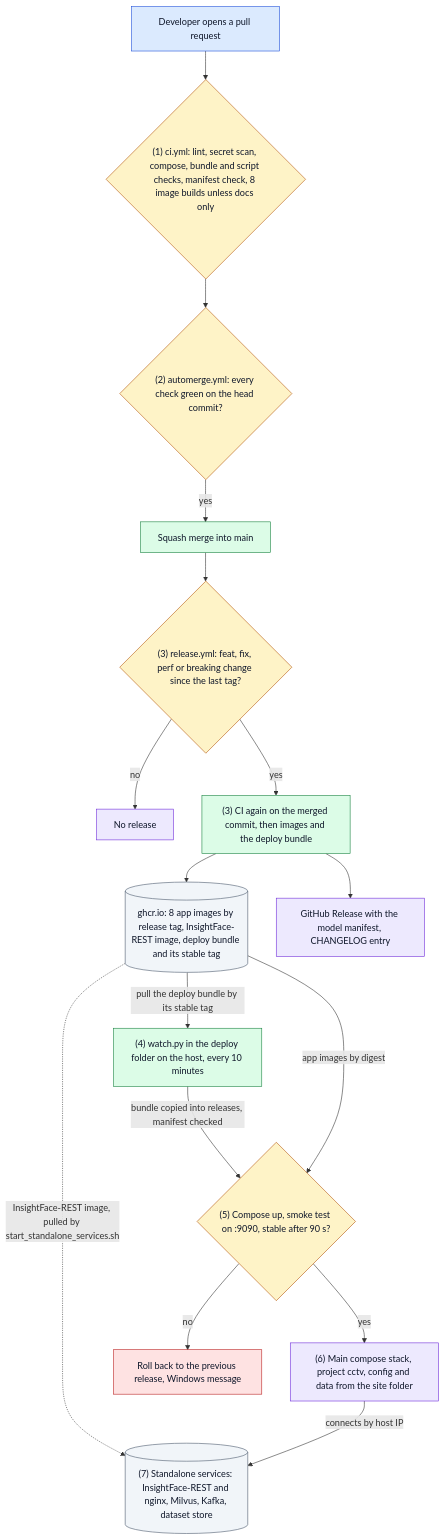
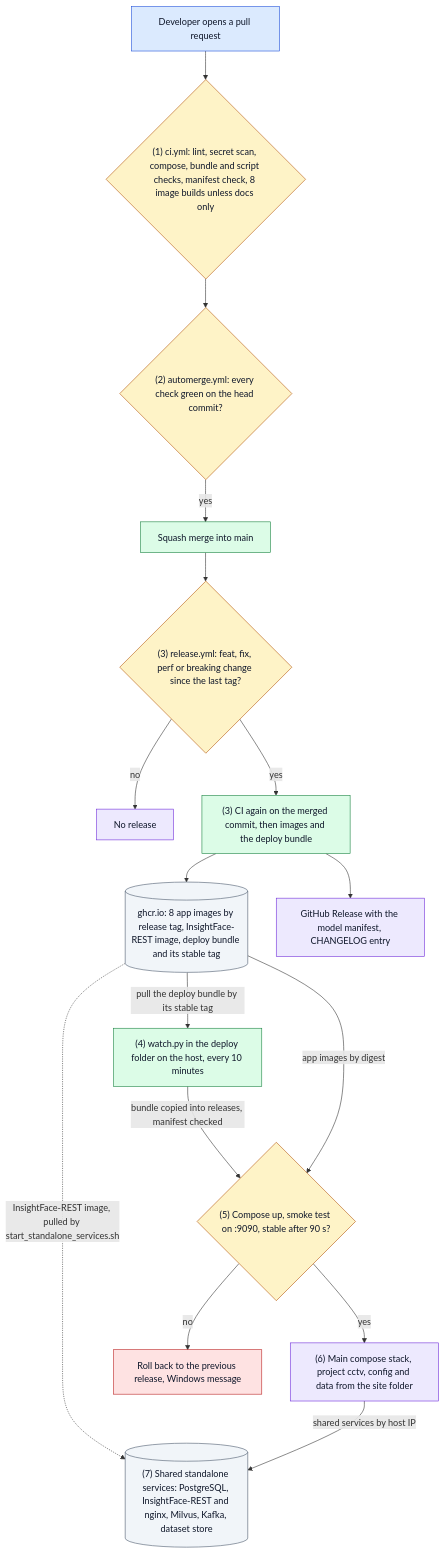
The second of 2 diagrams in README.md (hamza-aziz-ai/CCTV-Face-Recognition-Attendance-System), drawn with Mermaid before and after one commit. The commit also changed other lines of this file and 11 other files, not shown here.

````diff
--- a/README.md
+++ b/README.md
@@ -84,38 +84,38 @@
 ```mermaid
 flowchart TB
     DEV["`Developer opens a pull request`"]:::entry
     CI{"`(1) ci.yml: lint, secret scan, compose, bundle and script checks, manifest check, 8 image builds unless docs only`"}:::decision
     AM{"`(2) automerge.yml: every check green on the head commit?`"}:::decision
     MAIN["`Squash merge into main`"]:::step
     REL{"`(3) release.yml: feat, fix, perf or breaking change since the last tag?`"}:::decision
     NOREL["`No release`"]:::outcome
     BUILD["`(3) CI again on the merged commit, then images and the deploy bundle`"]:::step
     GHCR[("`ghcr.io: 8 app images by release tag, InsightFace-REST image, deploy bundle and its stable tag`")]:::store
     GHR["`GitHub Release with the model manifest, CHANGELOG entry`"]:::outcome
     W["`(4) watch.py in the deploy folder on the host, every 10 minutes`"]:::step
     WD{"`(5) Compose up, smoke test on :9090, stable after 90 s?`"}:::decision
     STACK["`(6) Main compose stack, project cctv, config and data from the site folder`"]:::outcome
     RB["`Roll back to the previous release, Windows message`"]:::error
-    SA[("`(7) Standalone services: InsightFace-REST and nginx, Milvus, Kafka, dataset store`")]:::store
+    SA[("`(7) Shared standalone services: PostgreSQL, InsightFace-REST and nginx, Milvus, Kafka, dataset store`")]:::store
 
     DEV --> CI --> AM
     AM -->|"`yes`"| MAIN --> REL
     REL -->|"`no`"| NOREL
     REL -->|"`yes`"| BUILD
     BUILD --> GHCR
     BUILD --> GHR
     GHCR -->|"`pull the deploy bundle by its stable tag`"| W
     W -->|"`bundle copied into releases, manifest checked`"| WD
     GHCR -->|"`app images by digest`"| WD
     WD -->|"`yes`"| STACK
     WD -->|"`no`"| RB
     GHCR -.->|"`InsightFace-REST image, pulled by start_standalone_services.sh`"| SA
-    STACK -->|"`connects by host IP`"| SA
+    STACK -->|"`shared services by host IP`"| SA
 
     classDef entry fill:#dbeafe,stroke:#1d4ed8,color:#0f172a
     classDef step fill:#dcfce7,stroke:#15803d,color:#0f172a
     classDef decision fill:#fef3c7,stroke:#b45309,color:#0f172a
     classDef outcome fill:#ede9fe,stroke:#6d28d9,color:#0f172a
     classDef error fill:#fee2e2,stroke:#b91c1c,color:#0f172a
     classDef store fill:#f1f5f9,stroke:#475569,color:#0f172a
 ```
````
